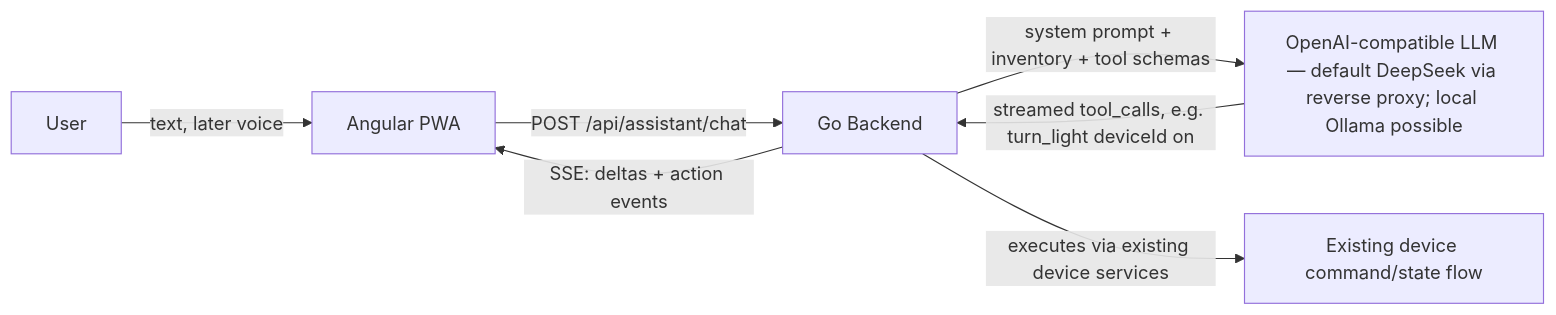
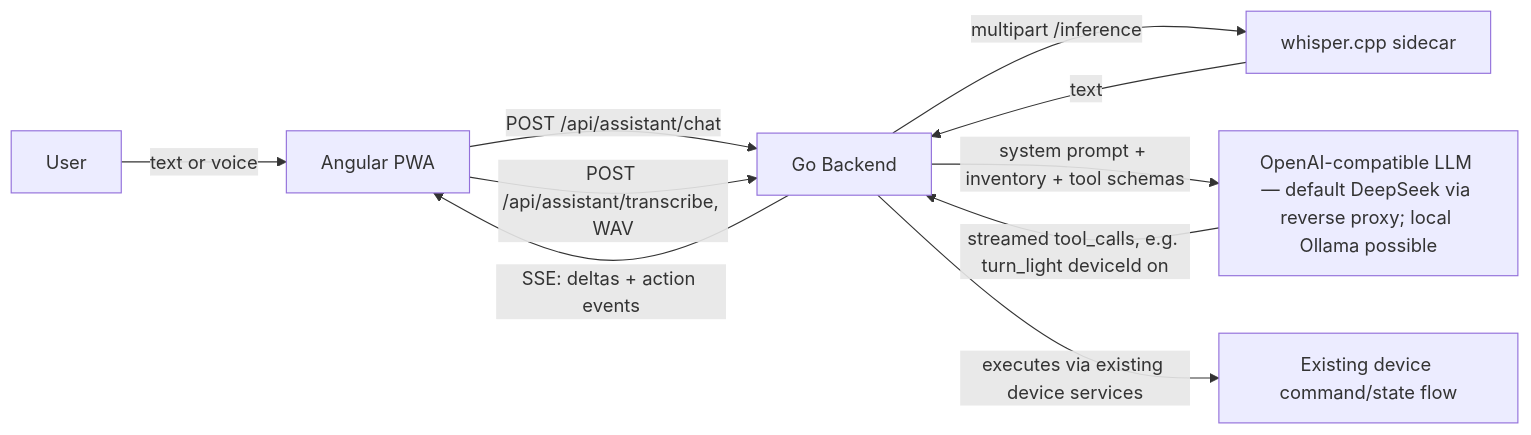
One commit to Amir1848/fanoos changed the second of 2 diagrams in docs/architucture.md. Above: the diagram before and after it, drawn with Mermaid. The commit also changed other lines of this file and 148 other files, not shown here.

````diff
--- a/docs/architucture.md
+++ b/docs/architucture.md
@@ -121,9 +126,12 @@
 ```mermaid
 flowchart LR
-    User[User] -->|text, later voice| PWA[Angular PWA]
+    User[User] -->|text or voice| PWA[Angular PWA]
     PWA -->|POST /api/assistant/chat| Backend[Go Backend]
+    PWA -->|POST /api/assistant/transcribe, WAV| Backend
+    Backend -->|multipart /inference| Whisper[whisper.cpp sidecar]
+    Whisper -->|text| Backend
     Backend -->|system prompt + inventory + tool schemas| LLM[OpenAI-compatible LLM — default DeepSeek via reverse proxy; local Ollama possible]
     LLM -->|streamed tool_calls, e.g. turn_light deviceId on| Backend
     Backend -->|executes via existing device services| MQTT[Existing device command/state flow]
     Backend -->|SSE: deltas + action events| PWA
 ```
````
